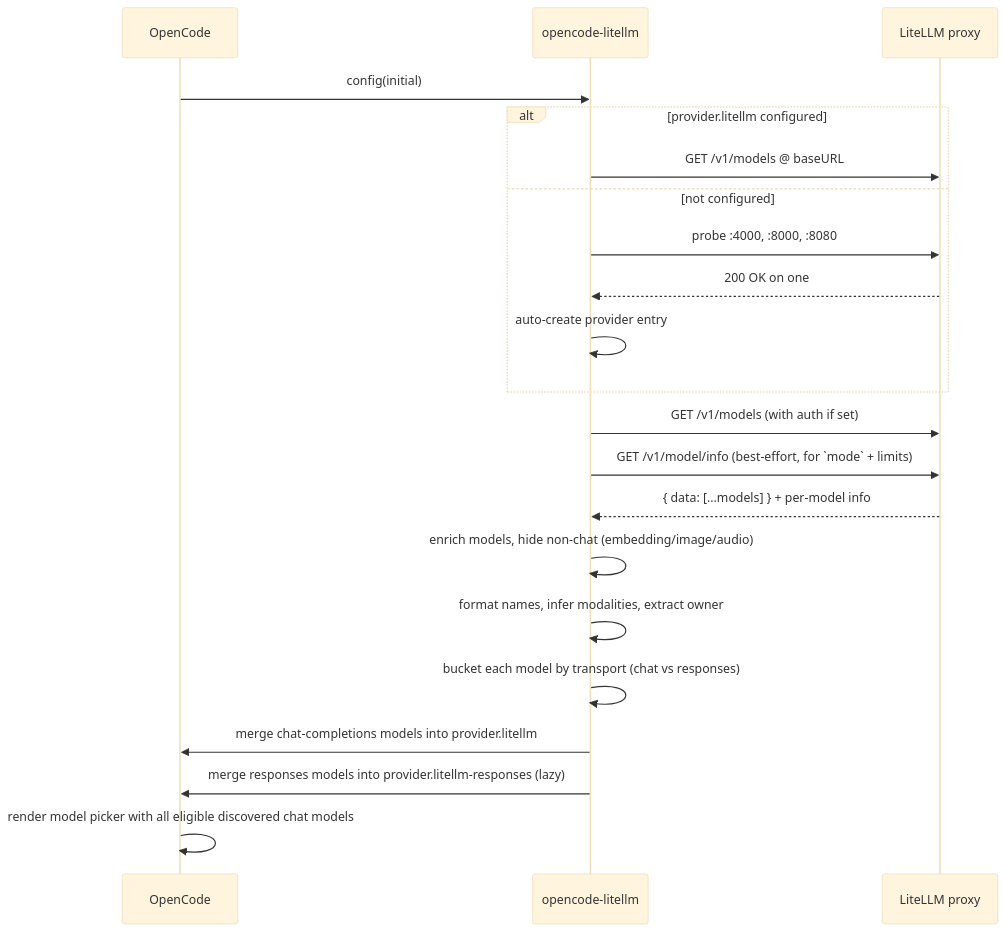
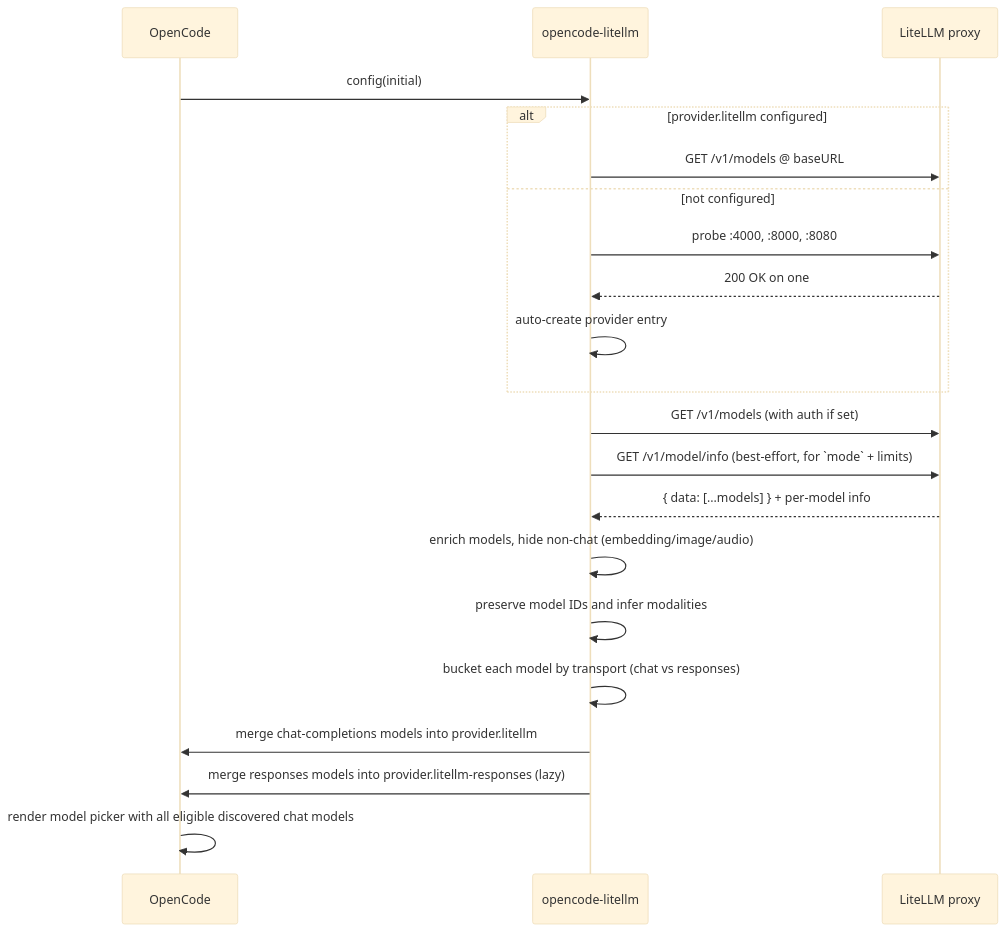
One commit to darwincr/opencode-litellm changed the diagram in README.md. Above: the diagram before and after it, drawn with Mermaid (base theme). The commit also changed other lines of this file and 4 other files, not shown here.

Commit message:
feat: preserve model ids and control MCP defaults

````diff
--- a/README.md
+++ b/README.md
@@ -451,24 +461,24 @@
 ```mermaid
 sequenceDiagram
     participant OC as OpenCode
     participant Plugin as opencode-litellm
     participant LL as LiteLLM proxy
 
     OC->>Plugin: config(initial)
     alt provider.litellm configured
         Plugin->>LL: GET /v1/models @ baseURL
     else not configured
         Plugin->>LL: probe :4000, :8000, :8080
         LL-->>Plugin: 200 OK on one
         Plugin->>Plugin: auto-create provider entry
     end
     Plugin->>LL: GET /v1/models (with auth if set)
     Plugin->>LL: GET /v1/model/info (best-effort, for `mode` + limits)
     LL-->>Plugin: { data: [...models] } + per-model info
     Plugin->>Plugin: enrich models, hide non-chat (embedding/image/audio)
-    Plugin->>Plugin: format names, infer modalities, extract owner
+    Plugin->>Plugin: preserve model IDs and infer modalities
     Plugin->>Plugin: bucket each model by transport (chat vs responses)
     Plugin->>OC: merge chat-completions models into provider.litellm
     Plugin->>OC: merge responses models into provider.litellm-responses (lazy)
     OC->>OC: render model picker with all eligible discovered chat models
 ```
````
